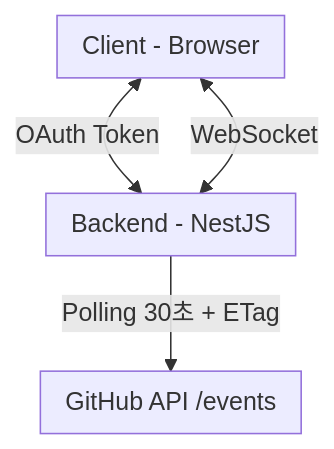
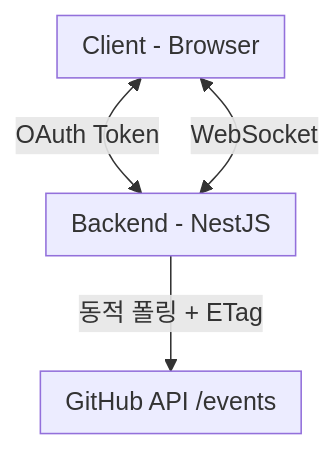
One commit to boostcampwm2025/web19-estrogenquattro changed the second of 2 diagrams in docs/GITHUB_API_STRATEGY.md. Above: the diagram before and after it, drawn with Mermaid. The commit also changed other lines of this file and 1 other file, not shown here.

First line of the commit message:
docs: GitHub polling Phase 5 및 API 전략 문서 업데이트

````diff
--- a/docs/GITHUB_API_STRATEGY.md
+++ b/docs/GITHUB_API_STRATEGY.md
@@ -289,15 +370,15 @@
 ```mermaid
 flowchart TB
     subgraph Client[Client - Browser]
     end
 
     subgraph Backend[Backend - NestJS]
     end
 
     subgraph GitHub[GitHub API /events]
     end
 
     Client <-->|OAuth Token| Backend
     Client <-->|WebSocket| Backend
-    Backend -->|Polling 30초 + ETag| GitHub
+    Backend -->|동적 폴링 + ETag| GitHub
 ```
````
